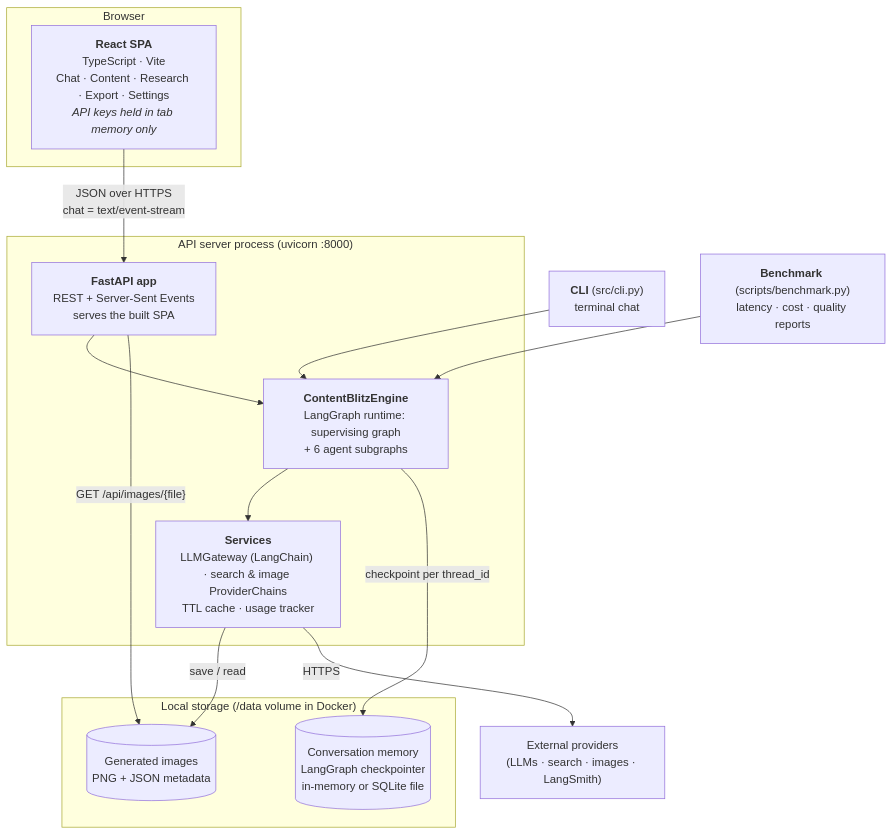
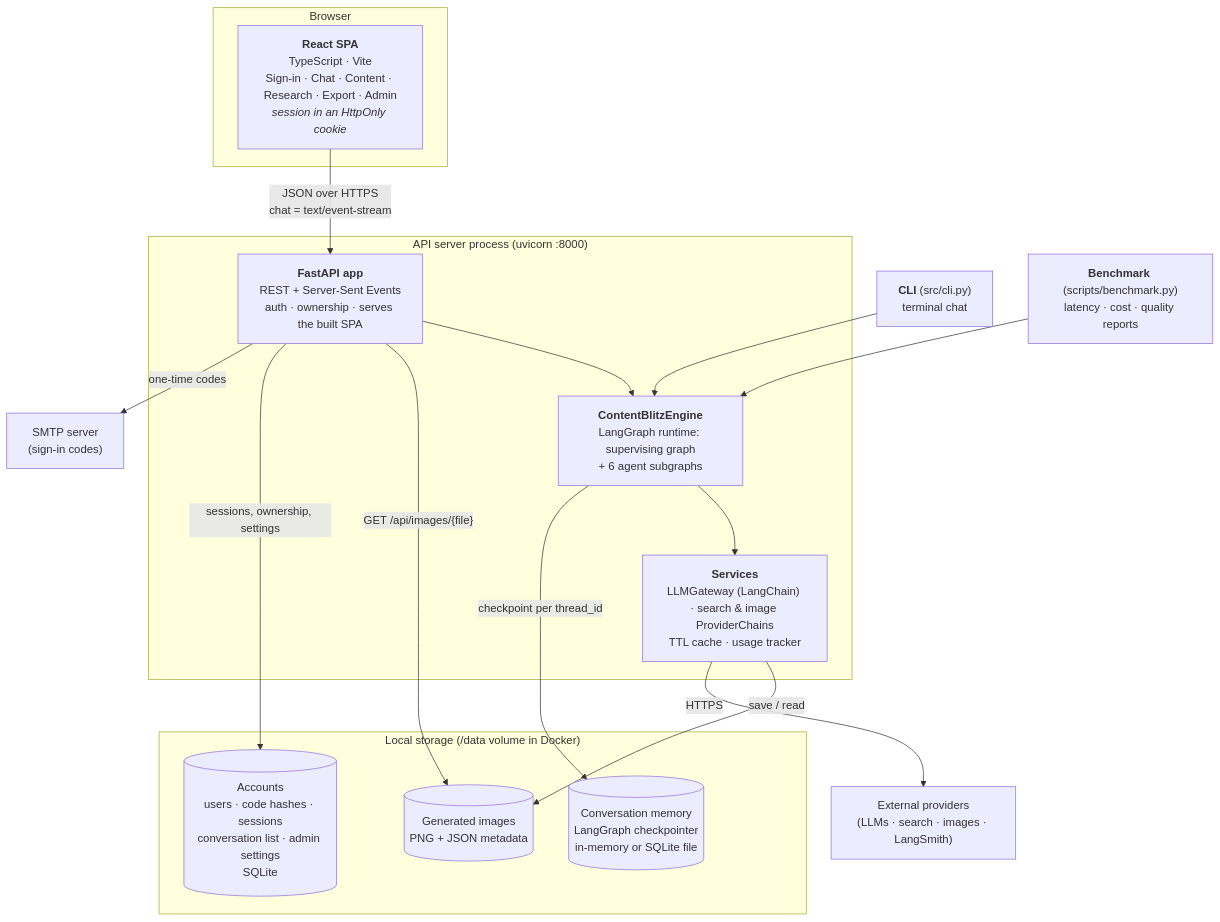
The second of 16 diagrams in docs/architecture.md (prasannakoppolu/contentblitz-ai-assistant), drawn with Mermaid before and after one commit. The commit also changed other lines of this file and 48 other files, not shown here.

````diff
--- a/docs/architecture.md
+++ b/docs/architecture.md
@@ -63,30 +69,34 @@
 ```mermaid
 flowchart TB
     subgraph browser ["Browser"]
-        spa["<b>React SPA</b><br/>TypeScript · Vite<br/>Chat · Content · Research · Export · Settings<br/><i>API keys held in tab memory only</i>"]
+        spa["<b>React SPA</b><br/>TypeScript · Vite<br/>Sign-in · Chat · Content · Research · Export · Admin<br/><i>session in an HttpOnly cookie</i>"]
     end
 
     subgraph server ["API server process (uvicorn :8000)"]
-        api["<b>FastAPI app</b><br/>REST + Server-Sent Events<br/>serves the built SPA"]
+        api["<b>FastAPI app</b><br/>REST + Server-Sent Events<br/>auth · ownership · serves the built SPA"]
         engine["<b>ContentBlitzEngine</b><br/>LangGraph runtime: supervising graph<br/>+ 6 agent subgraphs"]
         svc["<b>Services</b><br/>LLMGateway (LangChain) · search & image ProviderChains<br/>TTL cache · usage tracker"]
         api --> engine --> svc
     end
 
     subgraph storage ["Local storage (/data volume in Docker)"]
         mem[("Conversation memory<br/>LangGraph checkpointer<br/>in-memory or SQLite file")]
         files[("Generated images<br/>PNG + JSON metadata")]
+        authdb[("Accounts<br/>users · code hashes · sessions<br/>conversation list · admin settings<br/>SQLite")]
     end
+    smtp["SMTP server<br/>(sign-in codes)"]
 
     cli["<b>CLI</b> (src/cli.py)<br/>terminal chat"]
     bench["<b>Benchmark</b> (scripts/benchmark.py)<br/>latency · cost · quality reports"]
     ext["External providers<br/>(LLMs · search · images · LangSmith)"]
 
     spa -- "JSON over HTTPS<br/>chat = text/event-stream" --> api
     cli --> engine
     bench --> engine
     engine -- "checkpoint per thread_id" --> mem
     svc -- "save / read" --> files
     api -- "GET /api/images/{file}" --> files
+    api -- "sessions, ownership, settings" --> authdb
+    api -- "one-time codes" --> smtp
     svc -- "HTTPS" --> ext
 ```
````
